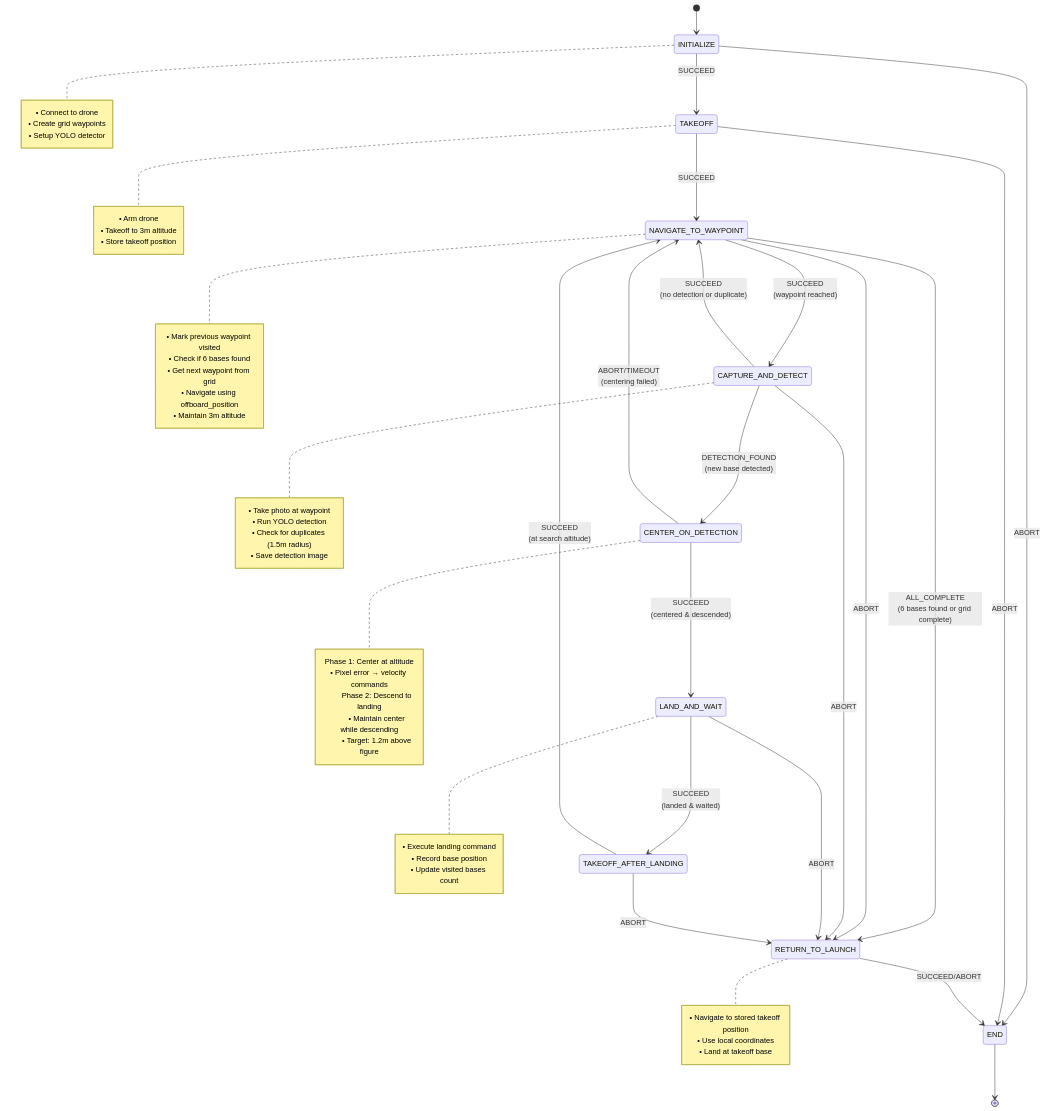
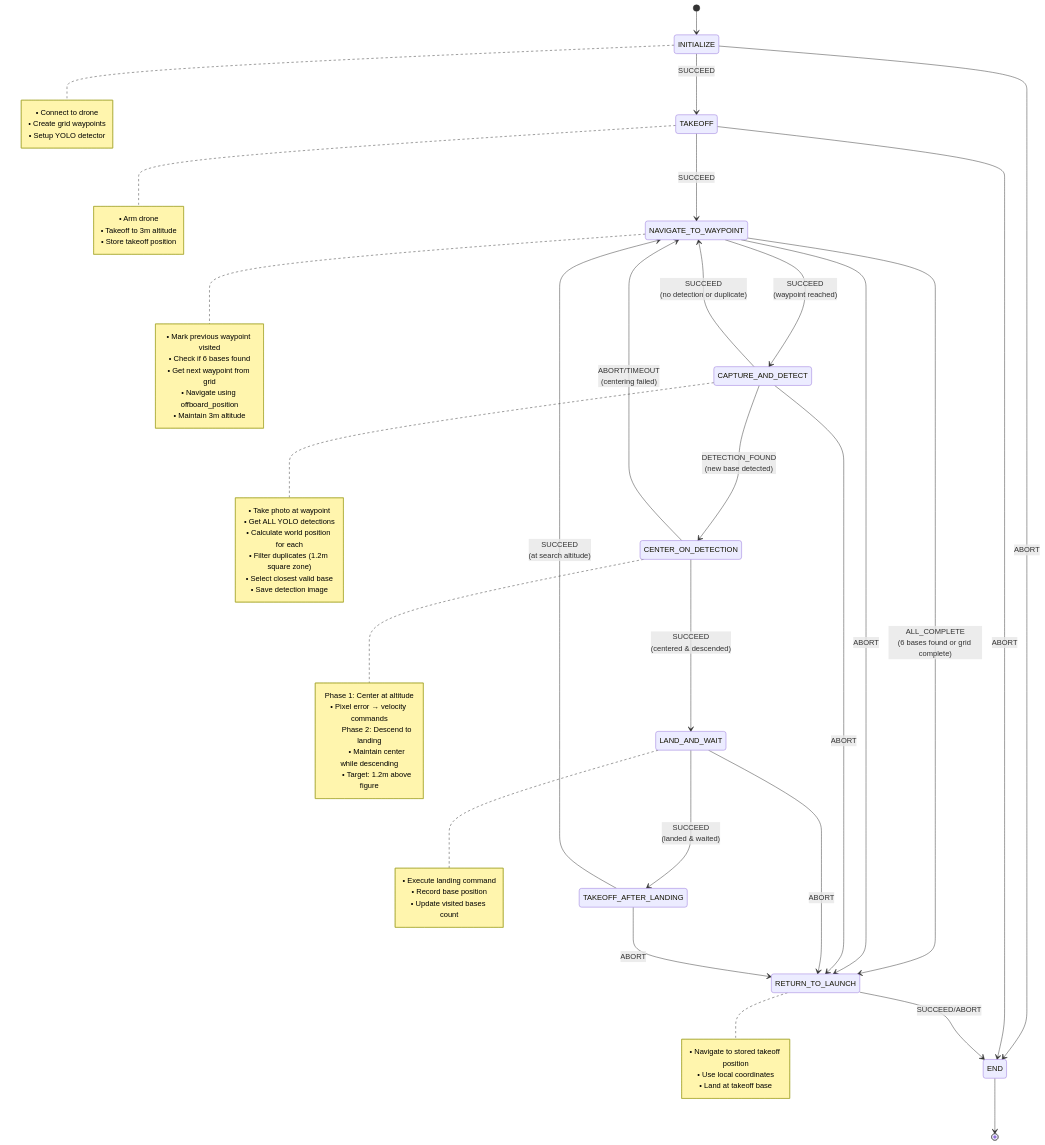
Before and after one commit to Black-Bee-Drones/cbr-2025: the diagram in mapping/README.md, drawn with Mermaid. The commit also changed other lines of this file and 8 other files, not shown here.

Commit message:
test: try improve the duplicate detections using base corrdinate estimation and target detection track

````diff
--- a/mapping/README.md
+++ b/mapping/README.md
@@ -45,79 +47,81 @@
 ```mermaid
 stateDiagram-v2
     [*] --> INITIALIZE
     
     INITIALIZE --> TAKEOFF: SUCCEED
     INITIALIZE --> END: ABORT
     
     TAKEOFF --> NAVIGATE_TO_WAYPOINT: SUCCEED
     TAKEOFF --> END: ABORT
     
     NAVIGATE_TO_WAYPOINT --> CAPTURE_AND_DETECT: SUCCEED<br/>(waypoint reached)
     NAVIGATE_TO_WAYPOINT --> RETURN_TO_LAUNCH: ALL_COMPLETE<br/>(6 bases found or grid complete)
     NAVIGATE_TO_WAYPOINT --> RETURN_TO_LAUNCH: ABORT
     
     CAPTURE_AND_DETECT --> NAVIGATE_TO_WAYPOINT: SUCCEED<br/>(no detection or duplicate)
     CAPTURE_AND_DETECT --> CENTER_ON_DETECTION: DETECTION_FOUND<br/>(new base detected)
     CAPTURE_AND_DETECT --> RETURN_TO_LAUNCH: ABORT
     
     CENTER_ON_DETECTION --> LAND_AND_WAIT: SUCCEED<br/>(centered & descended)
     CENTER_ON_DETECTION --> NAVIGATE_TO_WAYPOINT: ABORT/TIMEOUT<br/>(centering failed)
     
     LAND_AND_WAIT --> TAKEOFF_AFTER_LANDING: SUCCEED<br/>(landed & waited)
     LAND_AND_WAIT --> RETURN_TO_LAUNCH: ABORT
     
     TAKEOFF_AFTER_LANDING --> NAVIGATE_TO_WAYPOINT: SUCCEED<br/>(at search altitude)
     TAKEOFF_AFTER_LANDING --> RETURN_TO_LAUNCH: ABORT
     
     RETURN_TO_LAUNCH --> END: SUCCEED/ABORT
     
     END --> [*]
     
     note right of INITIALIZE
         • Connect to drone
         • Create grid waypoints
         • Setup YOLO detector
     end note
     
     note right of TAKEOFF
         • Arm drone
         • Takeoff to 3m altitude
         • Store takeoff position
     end note
     
     note right of NAVIGATE_TO_WAYPOINT
         • Mark previous waypoint visited
         • Check if 6 bases found
         • Get next waypoint from grid
         • Navigate using offboard_position
         • Maintain 3m altitude
     end note
     
     note right of CAPTURE_AND_DETECT
         • Take photo at waypoint
-        • Run YOLO detection
-        • Check for duplicates (1.5m radius)
+        • Get ALL YOLO detections
+        • Calculate world position for each
+        • Filter duplicates (1.2m square zone)
+        • Select closest valid base
         • Save detection image
     end note
     
     note right of CENTER_ON_DETECTION
         Phase 1: Center at altitude
         • Pixel error → velocity commands
         
         Phase 2: Descend to landing
         • Maintain center while descending
         • Target: 1.2m above figure
     end note
     
     note right of LAND_AND_WAIT
         • Execute landing command
         • Record base position
         • Update visited bases count
     end note
     
     note right of RETURN_TO_LAUNCH
         • Navigate to stored takeoff position
         • Use local coordinates
         • Land at takeoff base
     end note
 ```
````
